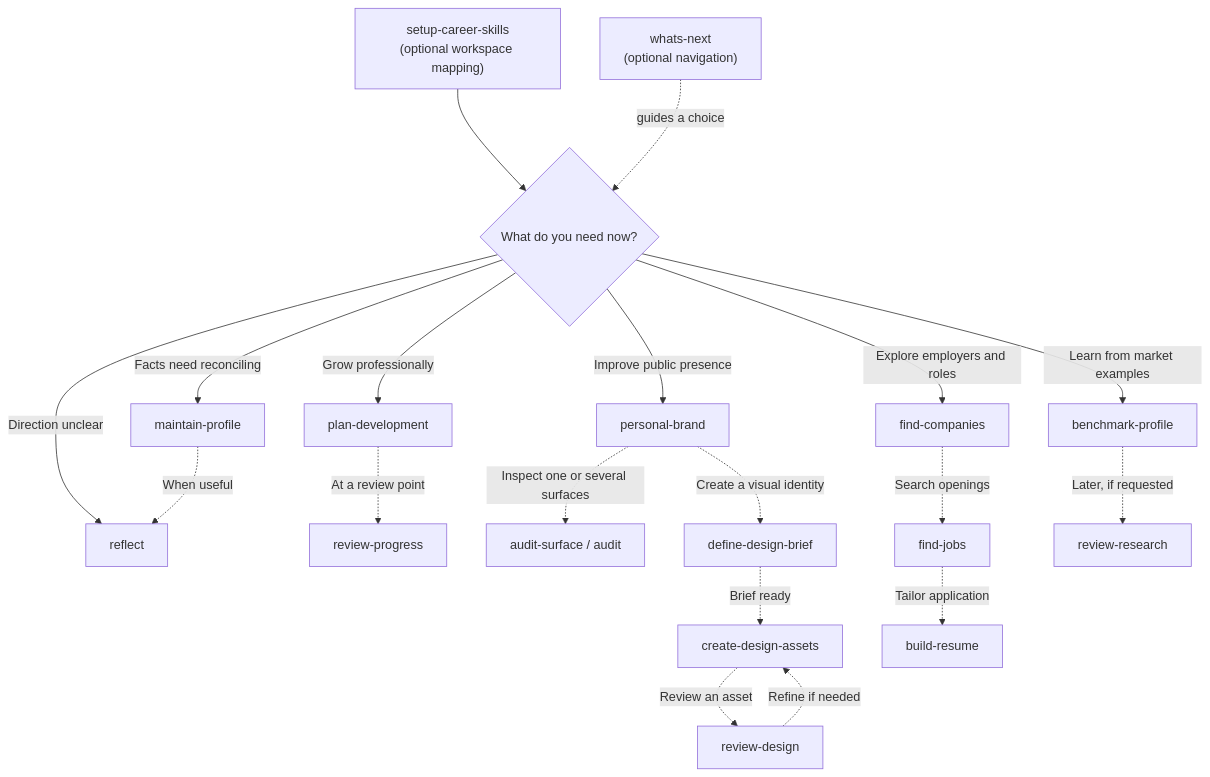
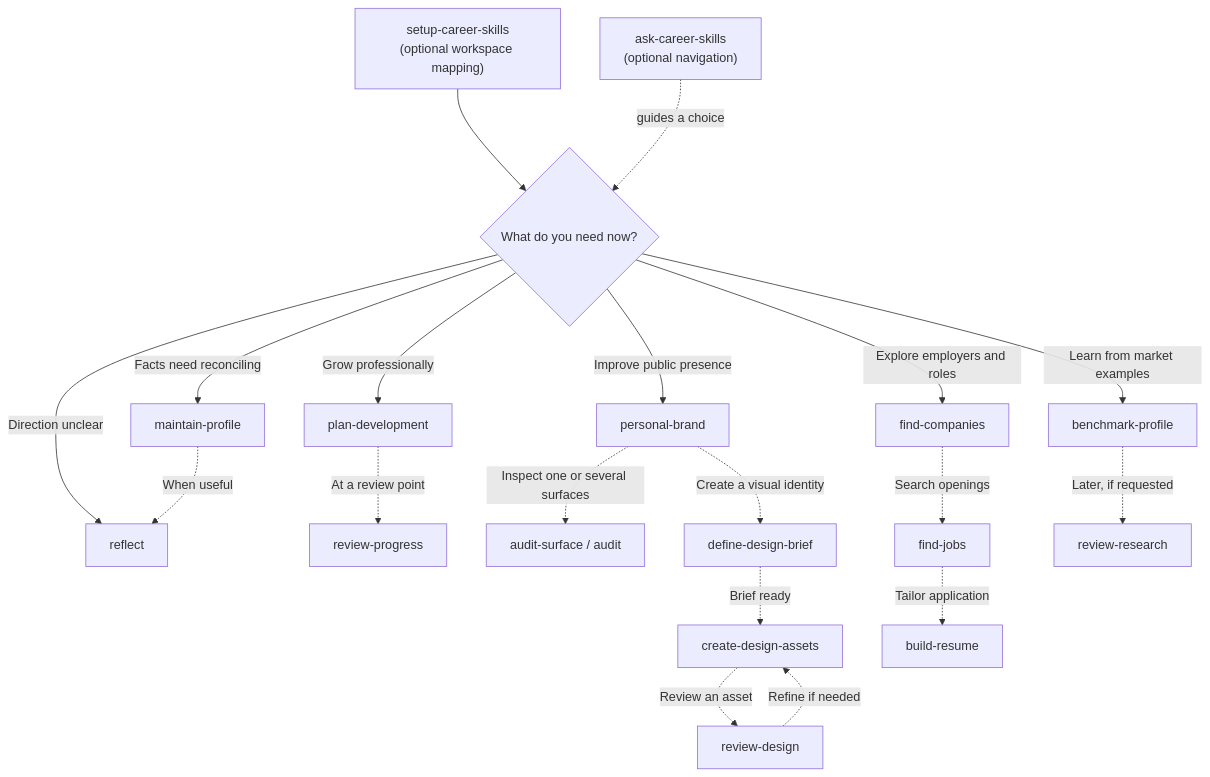
Before and after one commit to lfarci/career-skills: the diagram in docs/USER-JOURNEY.md, drawn with Mermaid. The commit also changed other lines of this file and 6 other files, not shown here.

Commit message:
refactor: rename navigation skill to ask-career-skills

````diff
--- a/docs/USER-JOURNEY.md
+++ b/docs/USER-JOURNEY.md
@@ -7,21 +7,21 @@
 ```mermaid
 flowchart TD
     S["setup-career-skills<br/>(optional workspace mapping)"] --> Q{"What do you need now?"}
-    W["whats-next<br/>(optional navigation)"] -. "guides a choice" .-> Q
+    W["ask-career-skills<br/>(optional navigation)"] -. "guides a choice" .-> Q
     Q -->|"Facts need reconciling"| P["maintain-profile"]
     Q -->|"Direction unclear"| R["reflect"]
     P -. "When useful" .-> R
     Q -->|"Grow professionally"| D["plan-development"]
     D -. "At a review point" .-> DR["review-progress"]
     Q -->|"Improve public presence"| B["personal-brand"]
     B -. "Inspect one or several surfaces" .-> A["audit-surface / audit"]
     B -. "Create a visual identity" .-> DB["define-design-brief"]
     DB -. "Brief ready" .-> DA["create-design-assets"]
     DA -. "Review an asset" .-> DV["review-design"]
     DV -. "Refine if needed" .-> DA
     Q -->|"Explore employers and roles"| C["find-companies"]
     C -. "Search openings" .-> J["find-jobs"]
     J -. "Tailor application" .-> CV["build-resume"]
     Q -->|"Learn from market examples"| BM["benchmark-profile"]
     BM -. "Later, if requested" .-> RR["review-research"]
 ```
````
